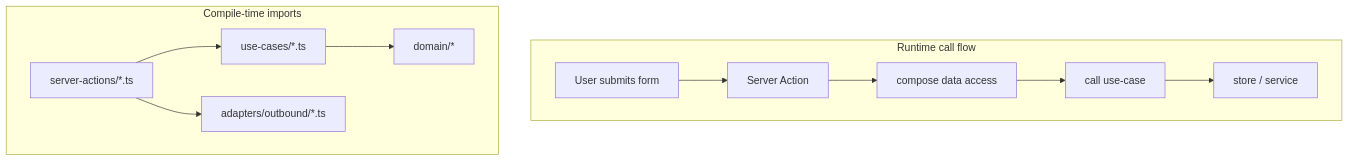
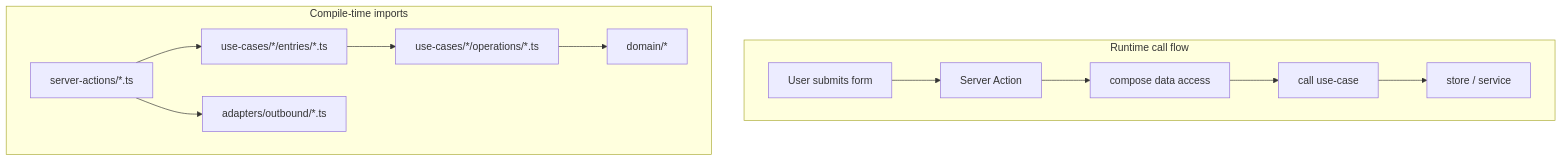
Before and after one commit to clicktronix/nextjs-clean-skills: the second of 6 diagrams in docs/architecture-contract.md, drawn with Mermaid. The commit also changed 8 other files, not shown here.

````diff
--- a/docs/architecture-contract.md
+++ b/docs/architecture-contract.md
@@ -171,15 +171,16 @@
 ```mermaid
 flowchart TB
   subgraph Runtime["Runtime call flow"]
     Form["User submits form"] --> Action["Server Action"]
     Action --> Compose["compose data access"]
     Compose --> UseCase["call use-case"]
     UseCase --> Data["store / service"]
   end
 
   subgraph CompileTime["Compile-time imports"]
-    ActionFile["server-actions/*.ts"] --> UseCaseFile["use-cases/*.ts"]
+    ActionFile["server-actions/*.ts"] --> EntryFile["use-cases/*/entries/*.ts"]
     ActionFile --> DataFile["adapters/outbound/*.ts"]
-    UseCaseFile --> DomainFile["domain/*"]
+    EntryFile --> OperationFile["use-cases/*/operations/*.ts"]
+    OperationFile --> DomainFile["domain/*"]
   end
 ```
````
